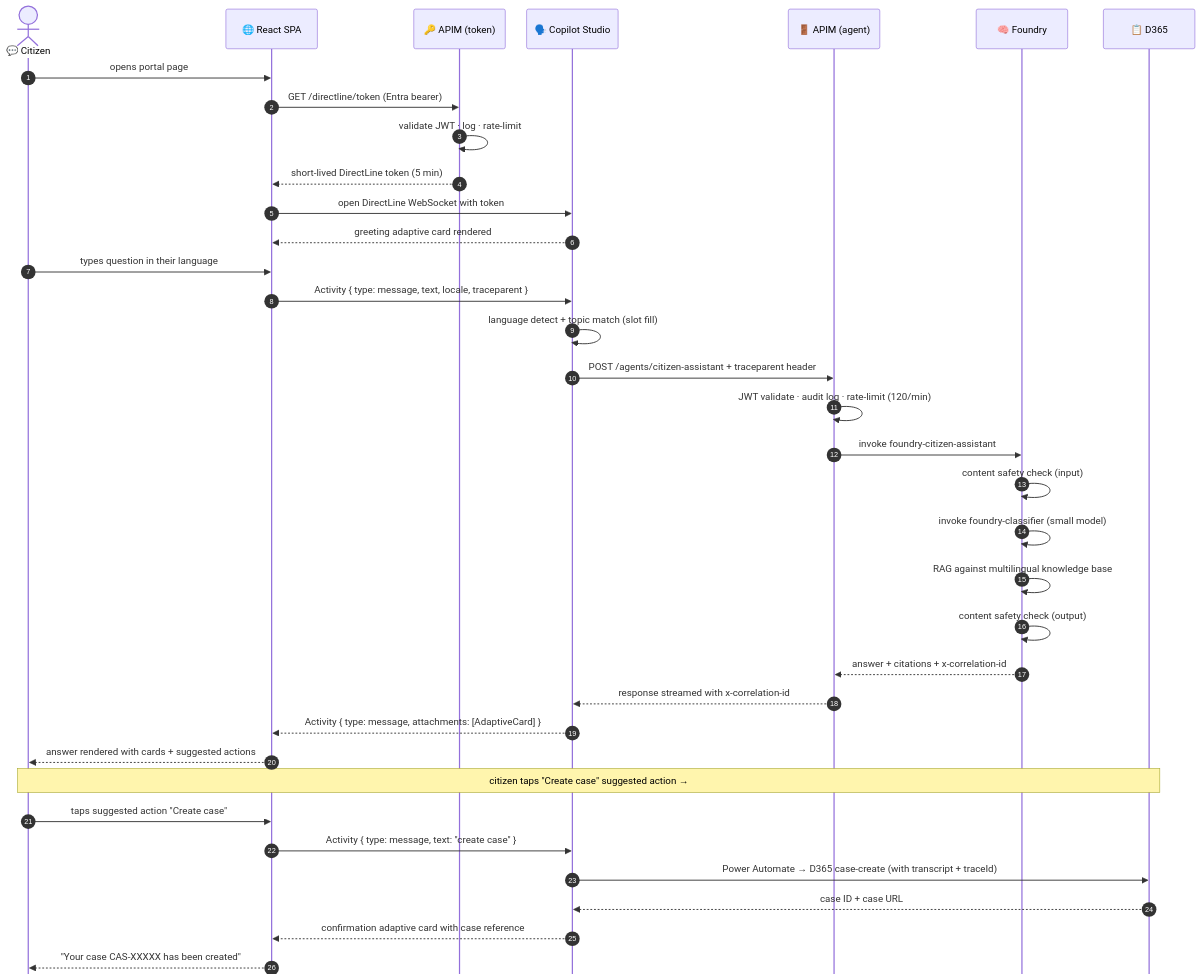
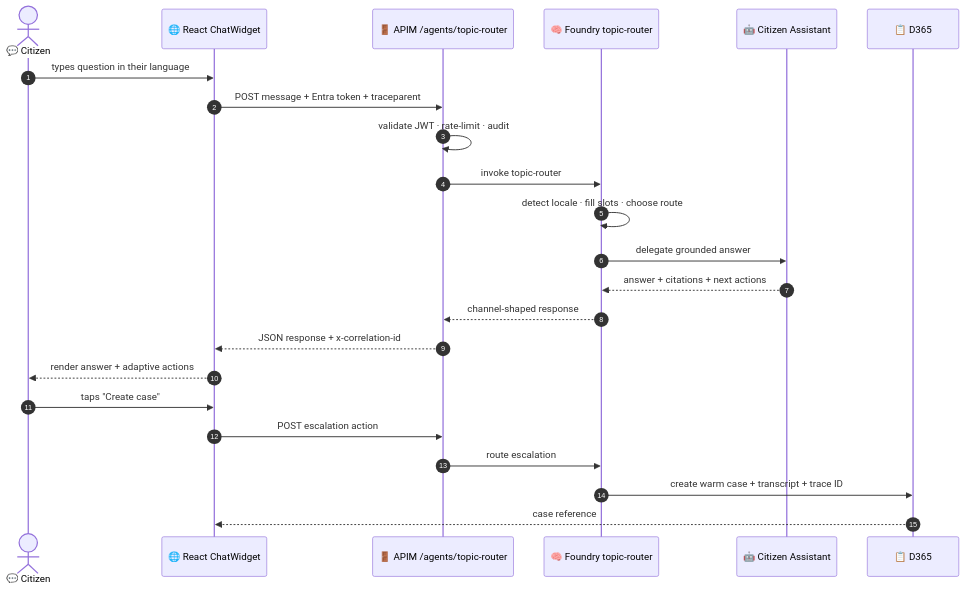
The second of 4 diagrams in docs/biz/chat.md (fredgis/UDCSP), drawn with Mermaid before and after one commit. The commit also changed other lines of this file and 193 other files, not shown here.

````diff
--- a/docs/biz/chat.md
+++ b/docs/biz/chat.md
@@ -136,40 +114,25 @@
 ```mermaid
-%%{ init: { 'sequence': { 'mirrorActors': false, 'actorMargin': 35 }, 'themeVariables': { 'fontSize': '12px' } } }%%
 sequenceDiagram
     autonumber
     actor C as 💬 Citizen
-    participant SPA as 🌐 React SPA
-    participant APIM_T as 🔑 APIM (token)
-    participant CS as 🗣️ Copilot Studio
-    participant APIM as 🚪 APIM (agent)
-    participant F as 🧠 Foundry
+    participant SPA as 🌐 React ChatWidget
+    participant APIM as 🚪 APIM /agents/topic-router
+    participant R as 🧠 Foundry topic-router
+    participant A as 🤖 Citizen Assistant
     participant D as 📋 D365
-
-    C->>SPA: opens portal page
-    SPA->>APIM_T: GET /directline/token (Entra bearer)
-    APIM_T->>APIM_T: validate JWT · log · rate-limit
-    APIM_T-->>SPA: short-lived DirectLine token (5 min)
-    SPA->>CS: open DirectLine WebSocket with token
-    CS-->>SPA: greeting adaptive card rendered
     C->>SPA: types question in their language
-    SPA->>CS: Activity { type: message, text, locale, traceparent }
-    CS->>CS: language detect + topic match (slot fill)
-    CS->>APIM: POST /agents/citizen-assistant + traceparent header
-    APIM->>APIM: JWT validate · audit log · rate-limit (120/min)
-    APIM->>F: invoke foundry-citizen-assistant
-    F->>F: content safety check (input)
-    F->>F: invoke foundry-classifier (small model)
-    F->>F: RAG against multilingual knowledge base
-    F->>F: content safety check (output)
-    F-->>APIM: answer + citations + x-correlation-id
-    APIM-->>CS: response streamed with x-correlation-id
-    CS-->>SPA: Activity { type: message, attachments: [AdaptiveCard] }
-    SPA-->>C: answer rendered with cards + suggested actions
-    Note over C,D: citizen taps "Create case" suggested action →
-    C->>SPA: taps suggested action "Create case"
-    SPA->>CS: Activity { type: message, text: "create case" }
-    CS->>D: Power Automate → D365 case-create (with transcript + traceId)
-    D-->>CS: case ID + case URL
-    CS-->>SPA: confirmation adaptive card with case reference
-    SPA-->>C: "Your case CAS-XXXXX has been created"
+    SPA->>APIM: POST message + Entra token + traceparent
+    APIM->>APIM: validate JWT · rate-limit · audit
+    APIM->>R: invoke topic-router
+    R->>R: detect locale · fill slots · choose route
+    R->>A: delegate grounded answer
+    A-->>R: answer + citations + next actions
+    R-->>APIM: channel-shaped response
+    APIM-->>SPA: JSON response + x-correlation-id
+    SPA-->>C: render answer + adaptive actions
+    C->>SPA: taps "Create case"
+    SPA->>APIM: POST escalation action
+    APIM->>R: route escalation
+    R->>D: create warm case + transcript + trace ID
+    D-->>SPA: case reference
 ```
````
